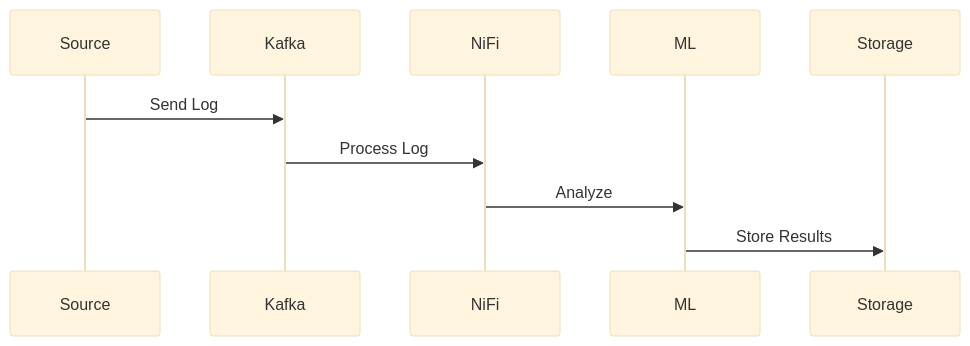
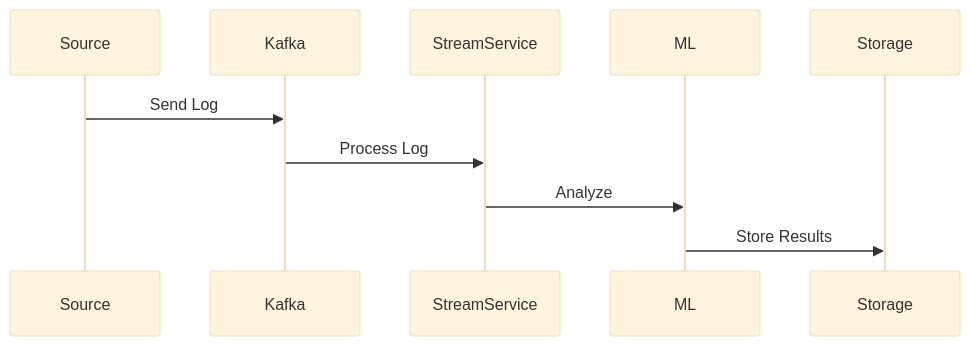
One commit to flamingo-stack/openframe-oss-tenant changed the eighth of 10 diagrams in docs/docs/development/architecture/data-flow.md. Above: the diagram before and after it, drawn with Mermaid (base theme). The commit also changed other lines of this file and 7 other files, not shown here.

First line of the commit message:
Update architecture diagrams and remove outdated NiFi references

````diff
--- a/docs/docs/development/architecture/data-flow.md
+++ b/docs/docs/development/architecture/data-flow.md
@@ -181,13 +183,13 @@
 ```mermaid
 sequenceDiagram
     participant Source
     participant Kafka
-    participant NiFi
+    participant StreamService
     participant ML
     participant Storage
 
     Source->>Kafka: Send Log
-    Kafka->>NiFi: Process Log
-    NiFi->>ML: Analyze
+    Kafka->>StreamService: Process Log
+    StreamService->>ML: Analyze
     ML->>Storage: Store Results
 ```
````
